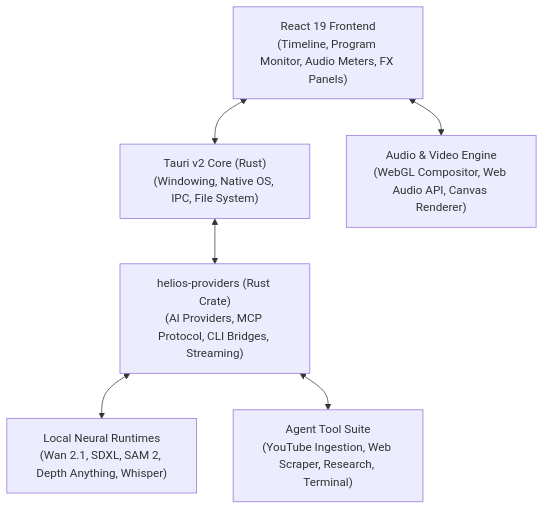
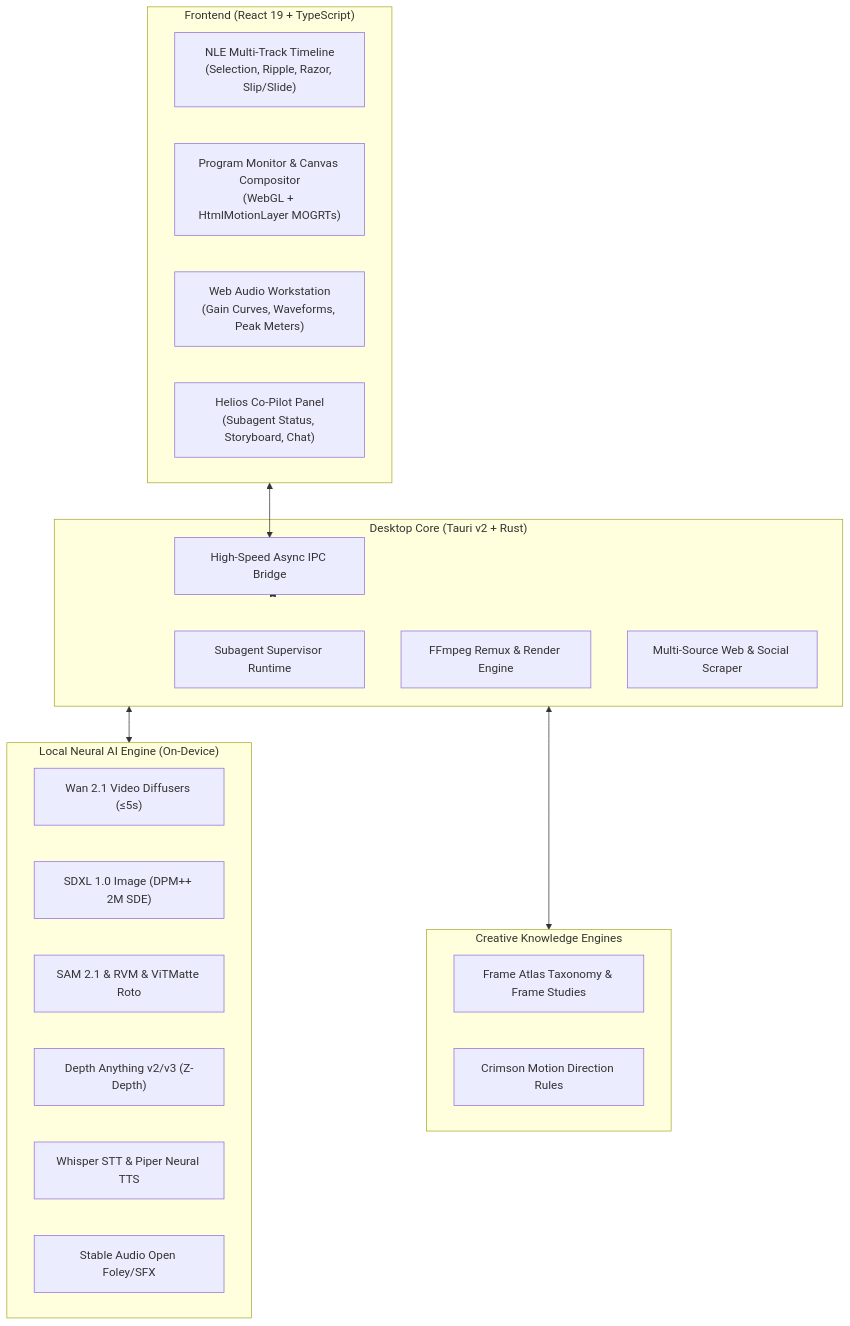
The diagram in README.md (memegyanfactory-gif/bhippi-Video-editor), drawn with Mermaid before and after one commit. The commit also changed other lines of this file and 43 other files, not shown here.

Commit message:
feat: Frame Atlas cinematic taxonomy, autonomous video pipeline, multi-source scraper, and comprehensive README

````diff
--- a/README.md
+++ b/README.md
@@ -85,15 +169,35 @@
 ```mermaid
 graph TD
-    UI["React 19 Frontend<br/>(Timeline, Program Monitor, Audio Meters, FX Panels)"]
-    TAURI["Tauri v2 Core (Rust)<br/>(Windowing, Native OS, IPC, File System)"]
-    ENGINE["Audio & Video Engine<br/>(WebGL Compositor, Web Audio API, Canvas Renderer)"]
-    PROVIDERS["helios-providers (Rust Crate)<br/>(AI Providers, MCP Protocol, CLI Bridges, Streaming)"]
-    AI["Local Neural Runtimes<br/>(Wan 2.1, SDXL, SAM 2, Depth Anything, Whisper)"]
-    TOOLS["Agent Tool Suite<br/>(YouTube Ingestion, Web Scraper, Research, Terminal)"]
+    subgraph UI ["Frontend (React 19 + TypeScript)"]
+        TIMELINE["NLE Multi-Track Timeline<br/>(Selection, Ripple, Razor, Slip/Slide)"]
+        MONITOR["Program Monitor & Canvas Compositor<br/>(WebGL + HtmlMotionLayer MOGRTs)"]
+        AUDIO["Web Audio Workstation<br/>(Gain Curves, Waveforms, Peak Meters)"]
+        COPILOT_UI["Helios Co-Pilot Panel<br/>(Subagent Status, Storyboard, Chat)"]
+    end
 
-    UI <--> TAURI
-    UI <--> ENGINE
-    TAURI <--> PROVIDERS
-    PROVIDERS <--> AI
-    PROVIDERS <--> TOOLS
+    subgraph CORE ["Desktop Core (Tauri v2 + Rust)"]
+        IPC["High-Speed Async IPC Bridge"]
+        SUBAGENT["Subagent Supervisor Runtime"]
+        RENDERER["FFmpeg Remux & Render Engine"]
+        SCRAPER["Multi-Source Web & Social Scraper"]
+    end
+
+    subgraph AI ["Local Neural AI Engine (On-Device)"]
+        WAN["Wan 2.1 Video Diffusers (≤5s)"]
+        SDXL["SDXL 1.0 Image (DPM++ 2M SDE)"]
+        ROTO["SAM 2.1 & RVM & ViTMatte Roto"]
+        DEPTH["Depth Anything v2/v3 (Z-Depth)"]
+        SPEECH["Whisper STT & Piper Neural TTS"]
+        SOUND["Stable Audio Open Foley/SFX"]
+    end
+
+    subgraph KNOWLEDGE ["Creative Knowledge Engines"]
+        ATLAS["Frame Atlas Taxonomy & Frame Studies"]
+        CRIMSON["Crimson Motion Direction Rules"]
+    end
+
+    UI <--> IPC
+    IPC <--> CORE
+    CORE <--> AI
+    CORE <--> KNOWLEDGE
 ```
````
